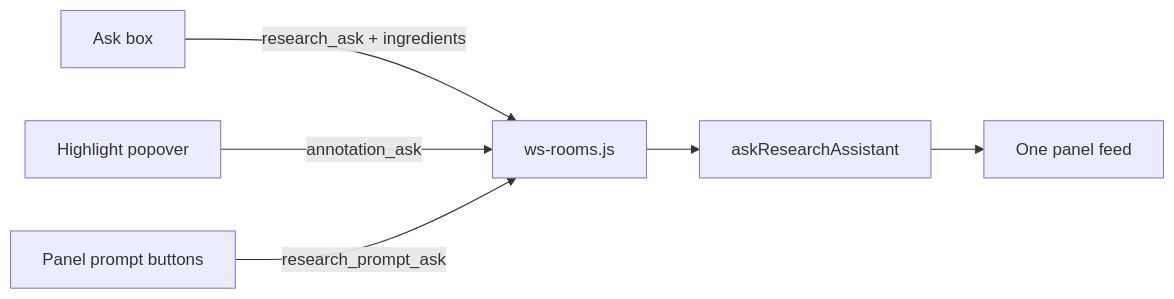
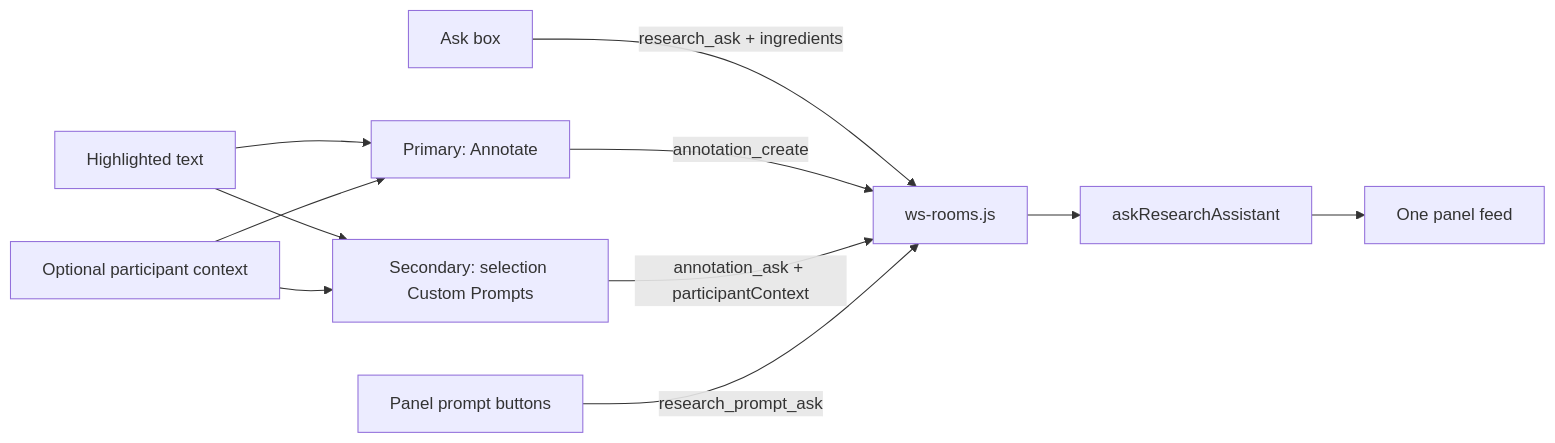
The diagram in .scratch/unify_research_panel_b089e026.plan.md (Lenniott/podcast-recorder), drawn with Mermaid before and after one commit. The commit also changed other lines of this file and 3 other files, not shown here.

````diff
--- a/.scratch/unify_research_panel_b089e026.plan.md
+++ b/.scratch/unify_research_panel_b089e026.plan.md
@@ -27,15 +30,23 @@
 ```mermaid
 flowchart LR
   askBox[Ask box]
-  popover[Highlight popover]
+  selection[Highlighted text]
+  context[Optional participant context]
+  annotate[Primary: Annotate]
+  popoverPrompts[Secondary: selection Custom Prompts]
   panelBtn[Panel prompt buttons]
   ws[ws-rooms.js]
   assistant[askResearchAssistant]
   feed[One panel feed]
 
   askBox -->|"research_ask + ingredients"| ws
-  popover -->|"annotation_ask"| ws
+  selection --> annotate
+  context --> annotate
+  annotate -->|"annotation_create"| ws
+  selection --> popoverPrompts
+  context --> popoverPrompts
+  popoverPrompts -->|"annotation_ask + participantContext"| ws
   panelBtn -->|"research_prompt_ask"| ws
   ws --> assistant
   assistant --> feed
 ```
````
